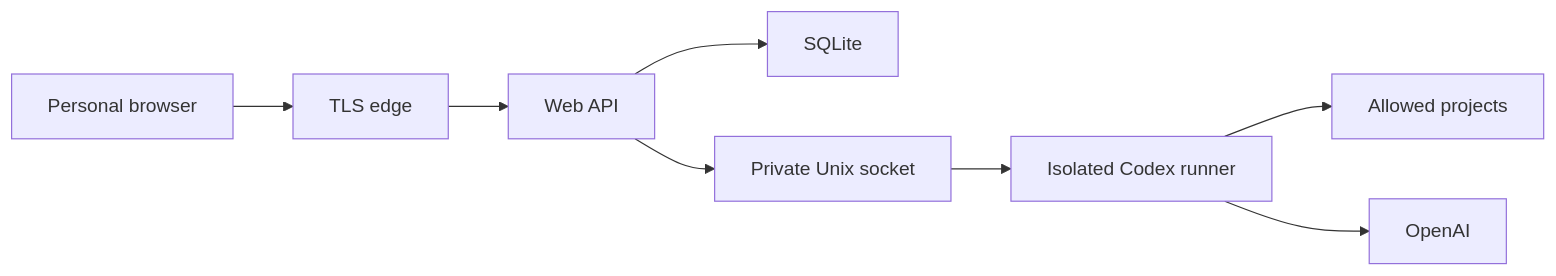
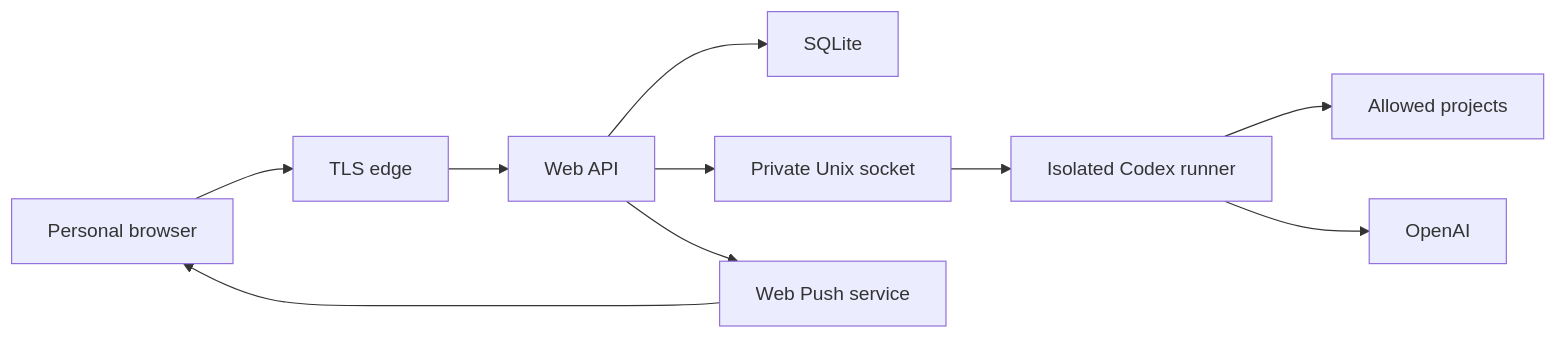
One commit to DemaNFox/codex_cli_ui changed the diagram in docs/Codex_Web_UI-threat-model.md. Above: the diagram before and after it, drawn with Mermaid. The commit also changed other lines of this file and 16 other files, not shown here.

````diff
--- a/docs/Codex_Web_UI-threat-model.md
+++ b/docs/Codex_Web_UI-threat-model.md
@@ -54,10 +61,12 @@
 ```mermaid
 flowchart LR
   B["Personal browser"] --> E["TLS edge"]
   E --> A["Web API"]
   A --> D["SQLite"]
   A --> S["Private Unix socket"]
   S --> C["Isolated Codex runner"]
   C --> P["Allowed projects"]
   C --> O["OpenAI"]
+  A --> W["Web Push service"]
+  W --> B
 ```
````
